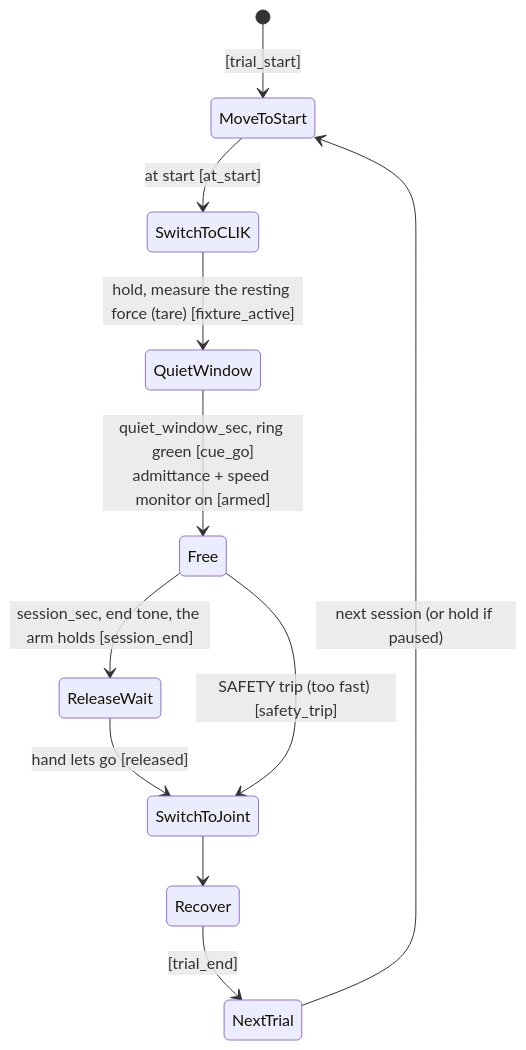
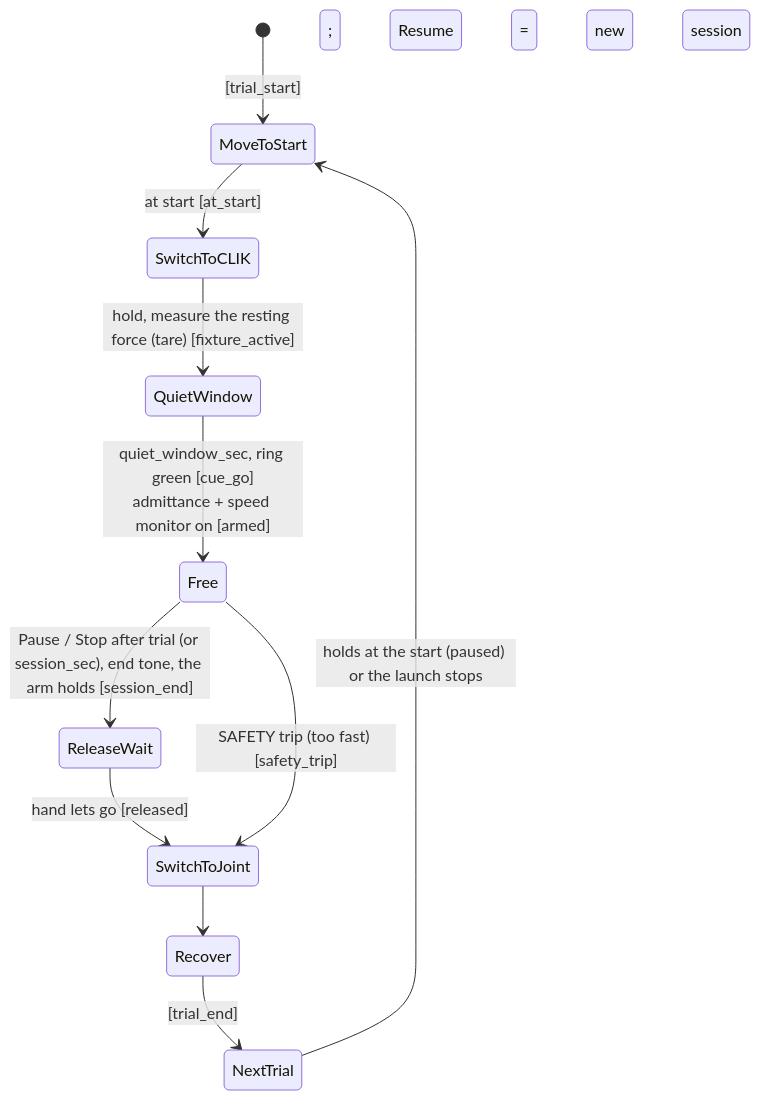
The ninth of 9 diagrams in README.md (sinthlab/sinthlab-kuka-stack), drawn with Mermaid before and after one commit. The commit also changed other lines of this file and 8 other files, not shown here.

Commit message:
changes to free move to reduce jerkiness

````diff
--- a/README.md
+++ b/README.md
@@ -1408,13 +1422,13 @@
 ```mermaid
 stateDiagram-v2
     [*] --> MoveToStart : [trial_start]
     MoveToStart --> SwitchToCLIK : at start [at_start]
     SwitchToCLIK --> QuietWindow : hold, measure the resting force (tare) [fixture_active]
     QuietWindow --> Free : quiet_window_sec, ring green [cue_go]<br/>admittance + speed monitor on [armed]
-    Free --> ReleaseWait : session_sec, end tone, the arm holds [session_end]
+    Free --> ReleaseWait : Pause / Stop after trial (or session_sec), end tone, the arm holds [session_end]
     ReleaseWait --> SwitchToJoint : hand lets go [released]
     Free --> SwitchToJoint : SAFETY trip (too fast) [safety_trip]
     SwitchToJoint --> Recover
     Recover --> NextTrial : [trial_end]
-    NextTrial --> MoveToStart : next session (or hold if paused)
+    NextTrial --> MoveToStart : holds at the start (paused) or the launch stops; Resume = new session
 ```
````
